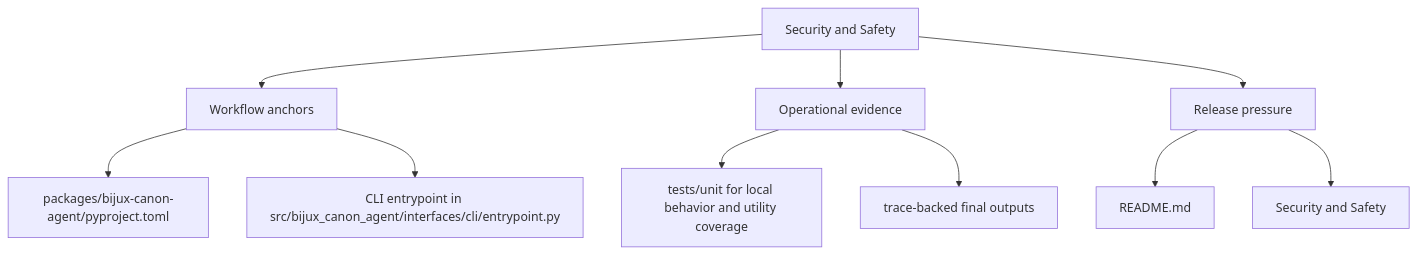
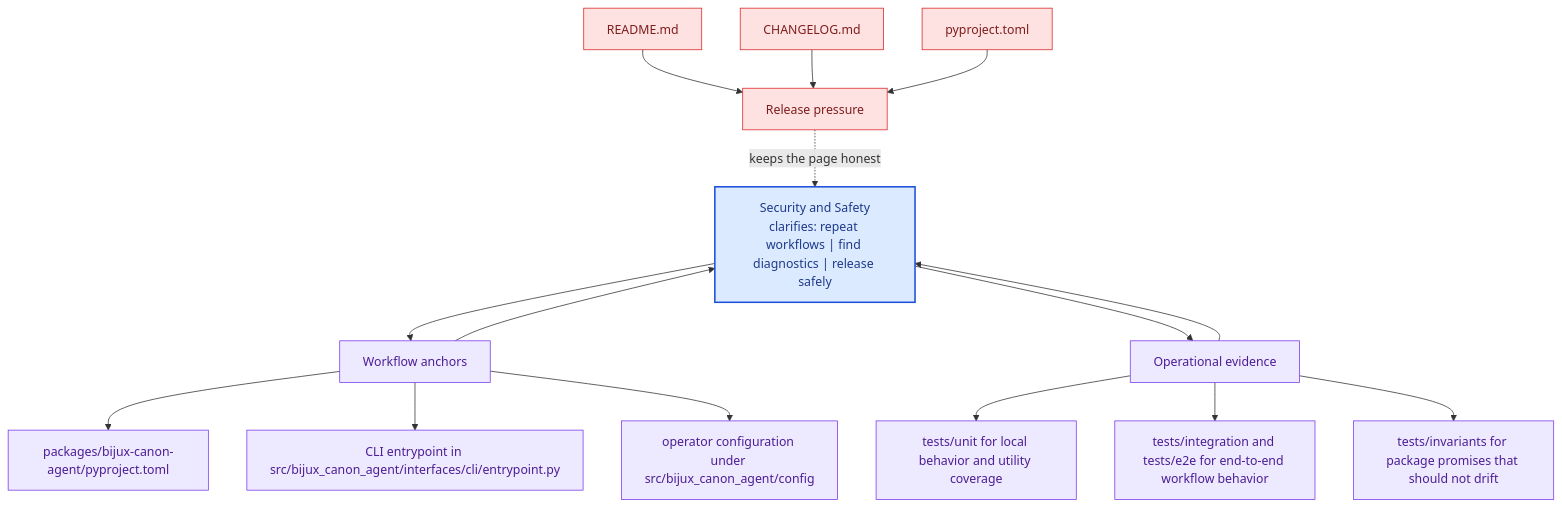
Before and after one commit to bijux/bijux-canon: the second of 2 diagrams in docs/bijux-canon-agent/operations/security-and-safety.md, drawn with Mermaid. The commit also changed other lines of this file and 281 other files, not shown here.

Commit message:
docs(diagrams): deepen handbook mermaid maps across the catalog

````diff
--- a/docs/bijux-canon-agent/operations/security-and-safety.md
+++ b/docs/bijux-canon-agent/operations/security-and-safety.md
@@ -34,22 +67,41 @@
 ```mermaid
-flowchart TD
-    page["Security and Safety"]
+flowchart TB
+    promise["Security and Safety<br/>clarifies: repeat workflows | find diagnostics | release safely"]
+    classDef promise fill:#dbeafe,stroke:#1d4ed8,color:#1e3a8a,stroke-width:2px;
+    classDef driver fill:#dcfce7,stroke:#16a34a,color:#14532d;
+    classDef constraint fill:#fee2e2,stroke:#dc2626,color:#7f1d1d;
+    classDef ground fill:#ede9fe,stroke:#7c3aed,color:#4c1d95;
     focus1["Workflow anchors"]
-    page --> focus1
+    focus1 --> promise
+    promise --> focus1
     focus1_1["packages/bijux-canon-agent/pyproject.toml"]
     focus1 --> focus1_1
     focus1_2["CLI entrypoint in src/bijux_canon_agent/interfaces/cli/entrypoint.py"]
     focus1 --> focus1_2
+    focus1_3["operator configuration under src/bijux_canon_agent/config"]
+    focus1 --> focus1_3
+    class focus1 ground;
+    class focus1_1,focus1_2,focus1_3 ground;
     focus2["Operational evidence"]
-    page --> focus2
+    focus2 --> promise
+    promise --> focus2
     focus2_1["tests/unit for local behavior and utility coverage"]
     focus2 --> focus2_1
-    focus2_2["trace-backed final outputs"]
+    focus2_2["tests/integration and tests/e2e for end-to-end workflow behavior"]
     focus2 --> focus2_2
+    focus2_3["tests/invariants for package promises that should not drift"]
+    focus2 --> focus2_3
+    class focus2 ground;
+    class focus2_1,focus2_2,focus2_3 ground;
     focus3["Release pressure"]
-    page --> focus3
+    focus3 -.keeps the page honest.-> promise
     focus3_1["README.md"]
-    focus3 --> focus3_1
-    focus3_2["Security and Safety"]
-    focus3 --> focus3_2
+    focus3_1 --> focus3
+    focus3_2["CHANGELOG.md"]
+    focus3_2 --> focus3
+    focus3_3["pyproject.toml"]
+    focus3_3 --> focus3
+    class focus3 constraint;
+    class focus3_1,focus3_2,focus3_3 constraint;
+    class promise promise;
 ```
````
